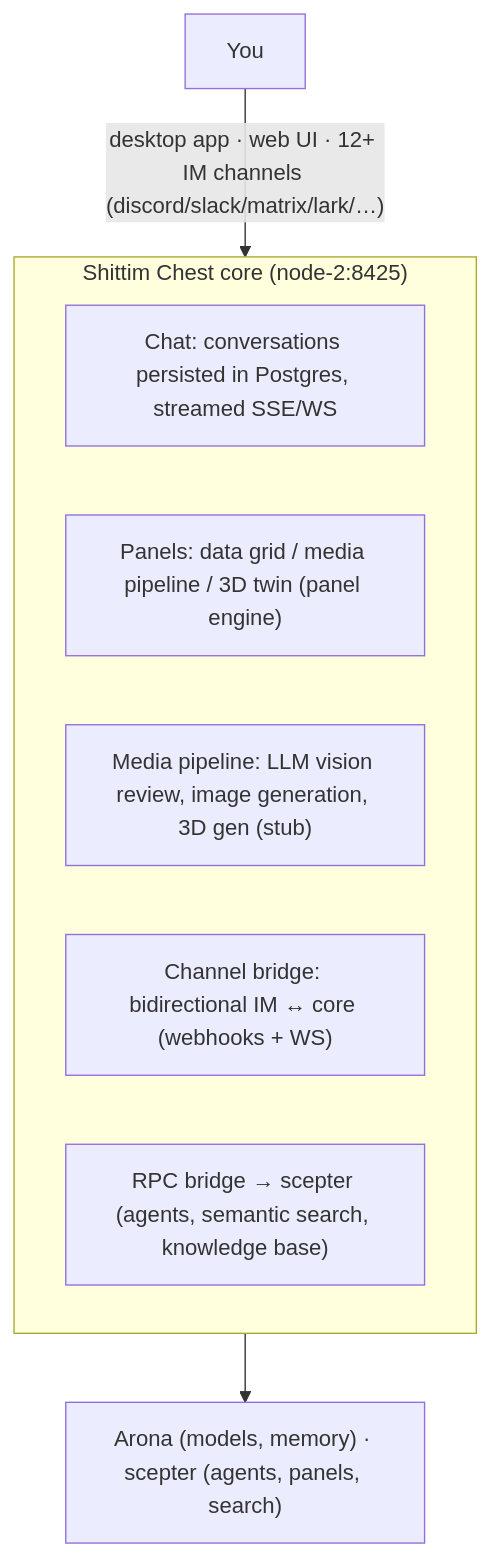
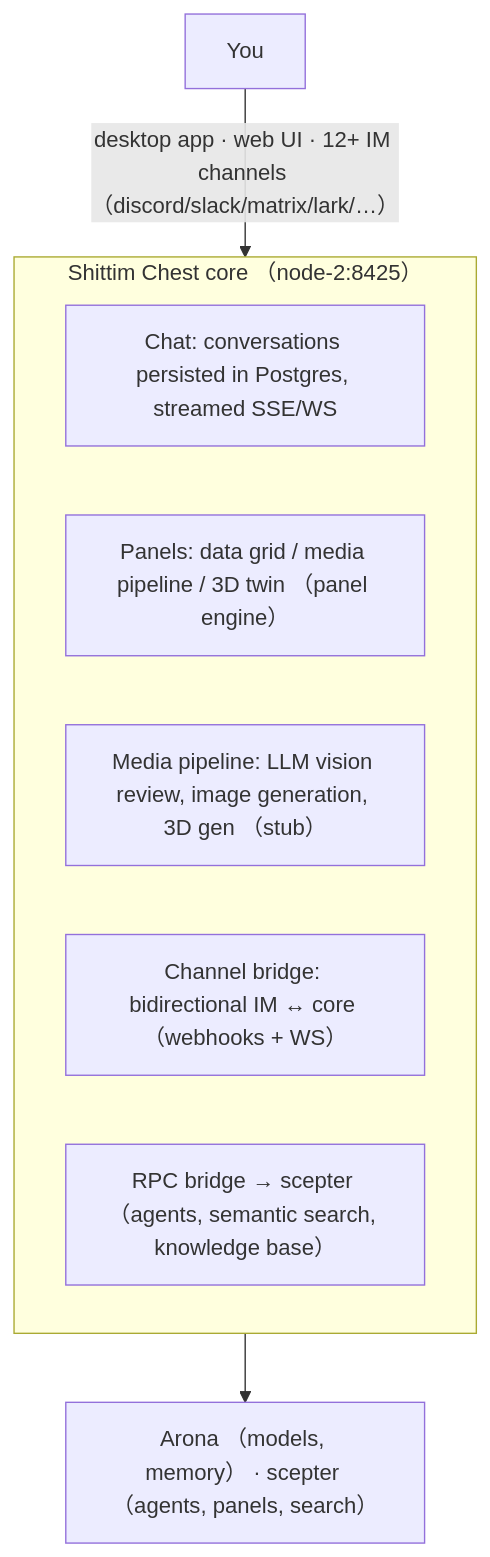
Before and after one commit to celestia-island/docs.celestia.world: the diagram in docs/ar/platforms/chest.md, drawn with Mermaid. The commit also changed 35 other files, not shown here.

First line of the commit message:
📝 Convert ASCII parentheses in mermaid fences to fullwidth across languages. (#96)

````diff
--- a/docs/ar/platforms/chest.md
+++ b/docs/ar/platforms/chest.md
@@ -11,13 +11,13 @@
 ```mermaid
 flowchart TD
     C["You"]
-    subgraph G["Shittim Chest core (node-2:8425)"]
+    subgraph G["Shittim Chest core （node-2:8425）"]
         N0["Chat: conversations persisted in Postgres, streamed SSE/WS"]
-        N1["Panels: data grid / media pipeline / 3D twin (panel engine)"]
-        N2["Media pipeline: LLM vision review, image generation, 3D gen (stub)"]
-        N3["Channel bridge: bidirectional IM ↔ core (webhooks + WS)"]
-        N4["RPC bridge → scepter (agents, semantic search, knowledge base)"]
+        N1["Panels: data grid / media pipeline / 3D twin （panel engine）"]
+        N2["Media pipeline: LLM vision review, image generation, 3D gen （stub）"]
+        N3["Channel bridge: bidirectional IM ↔ core （webhooks + WS）"]
+        N4["RPC bridge → scepter （agents, semantic search, knowledge base）"]
     end
-    C -->|"desktop app · web UI · 12+ IM channels (discord/slack/matrix/lark/…)"| G
-    G --> B["Arona (models, memory) · scepter (agents, panels, search)"]
+    C -->|"desktop app · web UI · 12+ IM channels （discord/slack/matrix/lark/…）"| G
+    G --> B["Arona （models, memory） · scepter （agents, panels, search）"]
 ```
````
